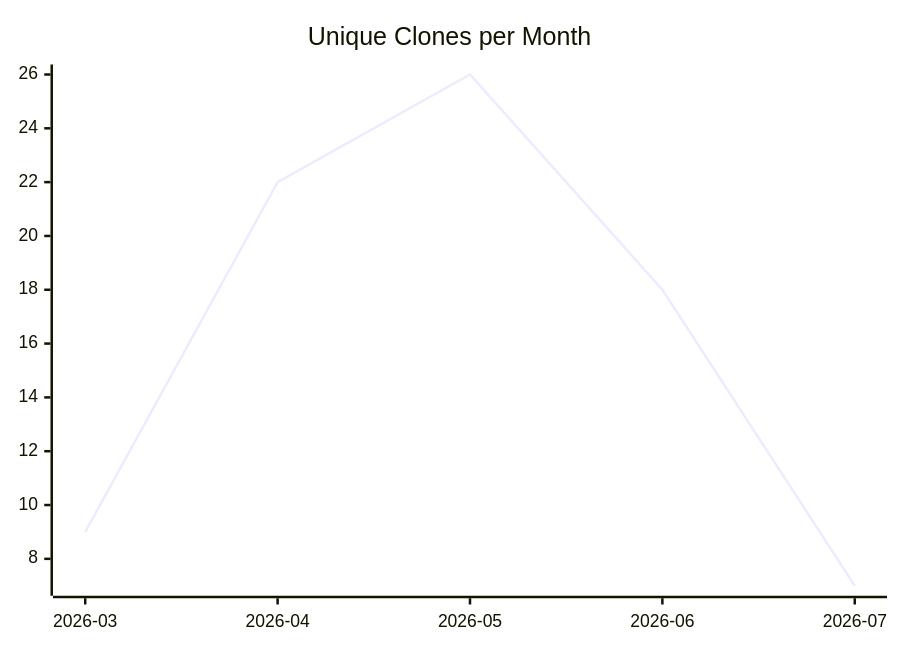
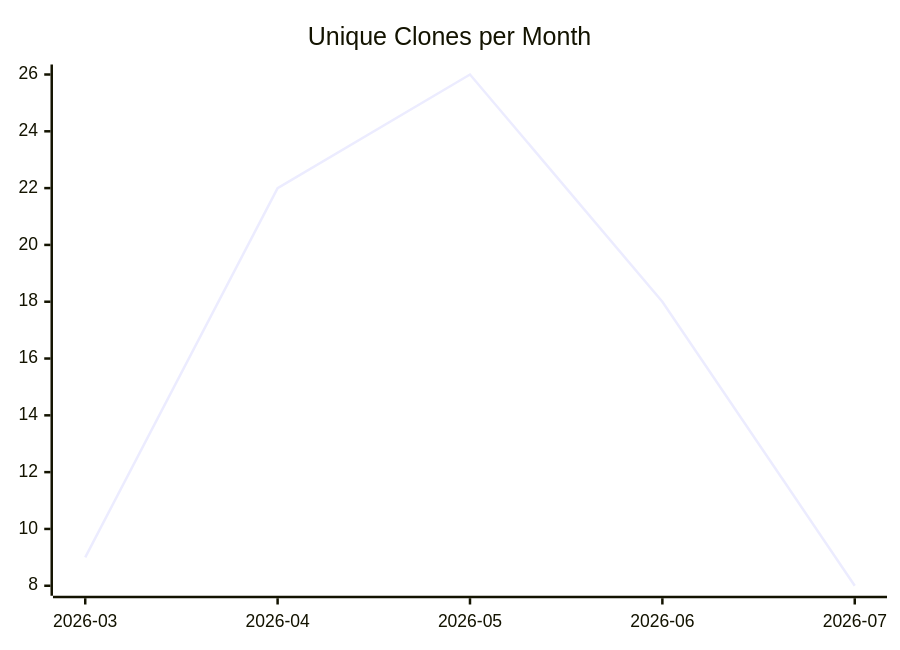
The third of 3 diagrams in karlmdavis/lego-ev3dev-rs/README.md (justdavis-family/github-analytics-data), drawn with Mermaid before and after one commit. The commit also changed other lines of this file and 180 other files, not shown here.

````diff
--- a/karlmdavis/lego-ev3dev-rs/README.md
+++ b/karlmdavis/lego-ev3dev-rs/README.md
@@ -19,6 +19,6 @@
 ```mermaid
 xychart-beta
   title "Unique Clones per Month"
   x-axis ["2026-03", "2026-04", "2026-05", "2026-06", "2026-07"]
-  line [9, 22, 26, 18, 7]
+  line [9, 22, 26, 18, 8]
 ```
````
